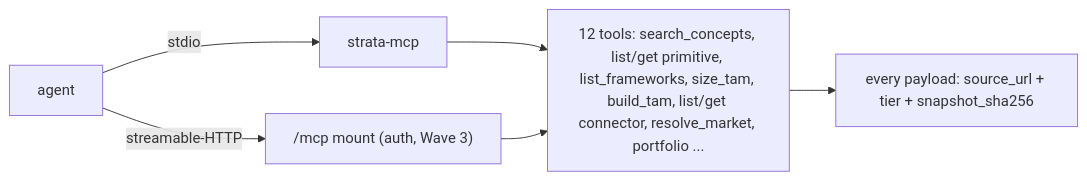
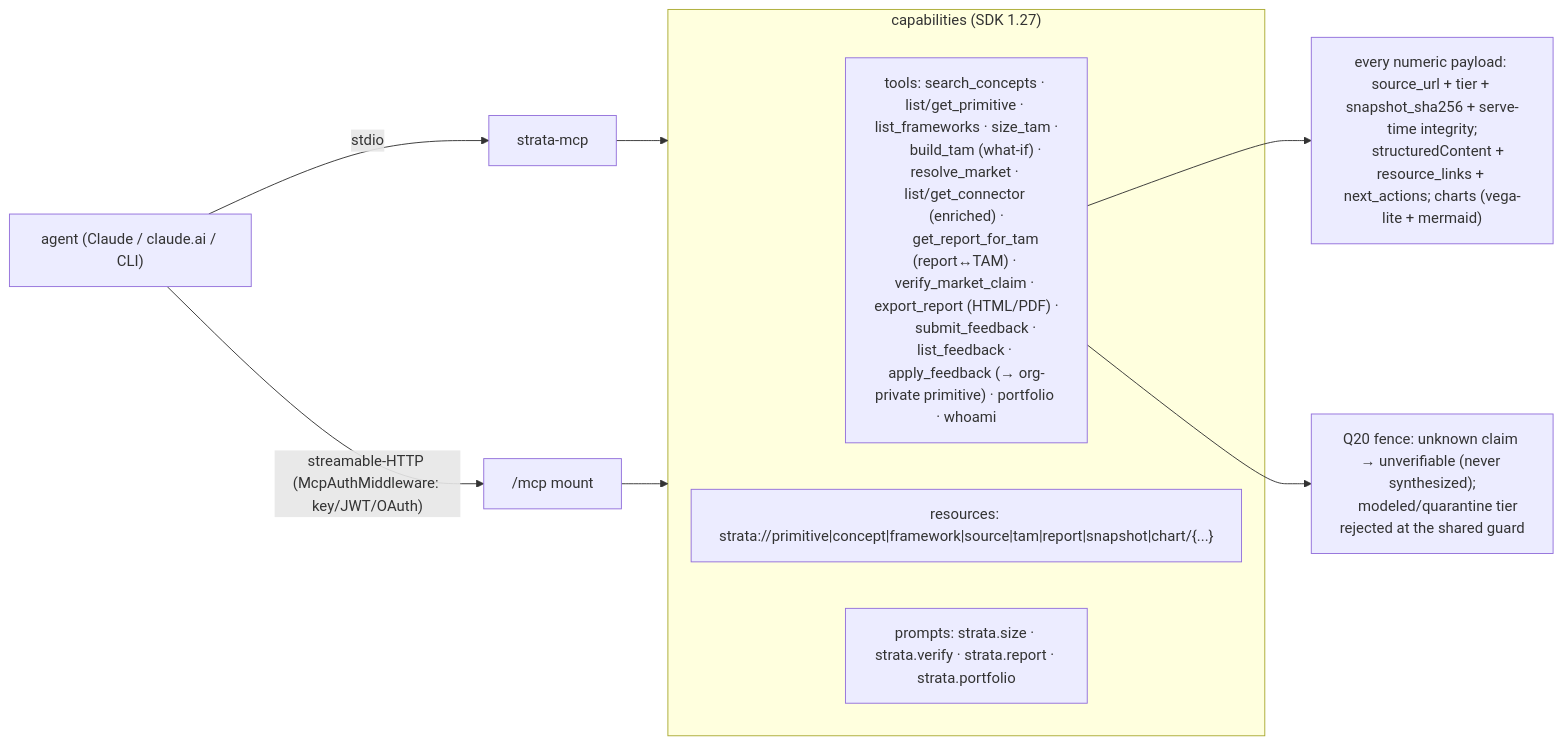
Before and after one commit to ArkashJ/Strata: diagram 22 of 54 in docs/architecture/DIAGRAMS.md, drawn with Mermaid. The commit also changed other lines of this file, not shown here.

Commit message:
docs(architecture): update MCP surface (§22) to the as-built report-harness tools
Reflects the report-harness surface: get_report_for_tam, verify_market_claim,
export_report (HTML/PDF), feedback tools, resources + prompts, max-utility payloads
(structuredContent + resource_links + next_actions + chart specs), and the CLI.

````diff
--- a/docs/architecture/DIAGRAMS.md
+++ b/docs/architecture/DIAGRAMS.md
@@ -367,8 +373,19 @@
 ```mermaid
 flowchart LR
-  AG["agent"] -->|stdio| STDIO["strata-mcp"]
-  AG -->|streamable-HTTP| MOUNT["/mcp mount (auth, Wave 3)"]
-  STDIO --> TOOLS["12 tools: search_concepts, list/get primitive, list_frameworks, size_tam, build_tam, list/get connector, resolve_market, portfolio ..."]
-  MOUNT --> TOOLS
-  TOOLS --> PAY["every payload: source_url + tier + snapshot_sha256"]
+  AG["agent (Claude / claude.ai / CLI)"] -->|stdio| STDIO["strata-mcp"]
+  AG -->|"streamable-HTTP (McpAuthMiddleware: key/JWT/OAuth)"| MOUNT["/mcp mount"]
+  STDIO --> CAP
+  MOUNT --> CAP
+  subgraph CAP["capabilities (SDK 1.27)"]
+    TOOLS["tools: search_concepts · list/get_primitive · list_frameworks · size_tam ·
+      build_tam (what-if) · resolve_market · list/get_connector (enriched) ·
+      get_report_for_tam (report↔TAM) · verify_market_claim · export_report (HTML/PDF) ·
+      submit_feedback · list_feedback · apply_feedback (→ org-private primitive) · portfolio · whoami"]
+    RES["resources: strata://primitive|concept|framework|source|tam|report|snapshot|chart/{...}"]
+    PR["prompts: strata.size · strata.verify · strata.report · strata.portfolio"]
+  end
+  TOOLS --> PAY["every numeric payload: source_url + tier + snapshot_sha256 + serve-time integrity;
+    structuredContent + resource_links + next_actions; charts (vega-lite + mermaid)"]
+  TOOLS --> FENCE["Q20 fence: unknown claim → unverifiable (never synthesized);
+    modeled/quarantine tier rejected at the shared guard"]
 ```
````
